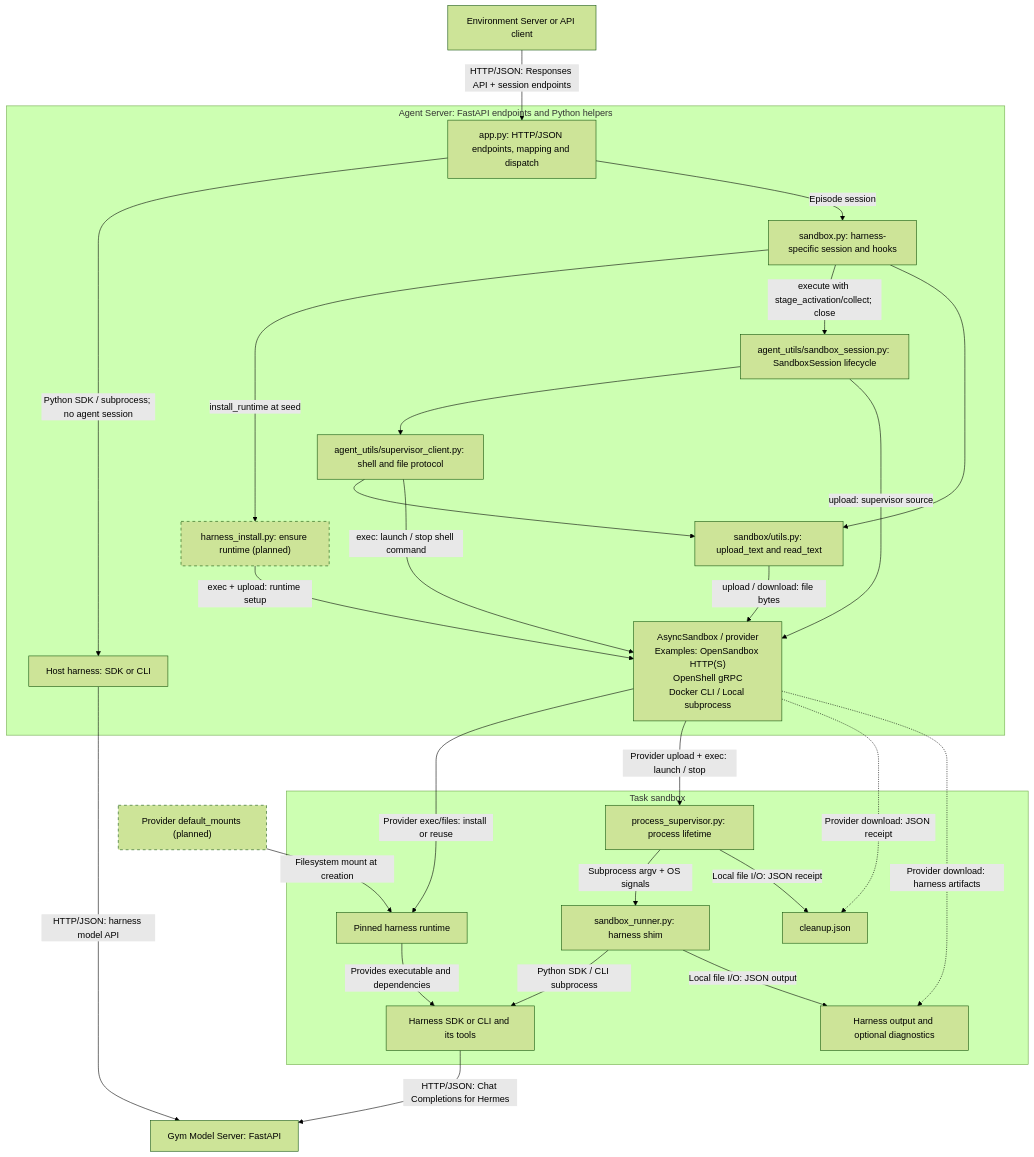
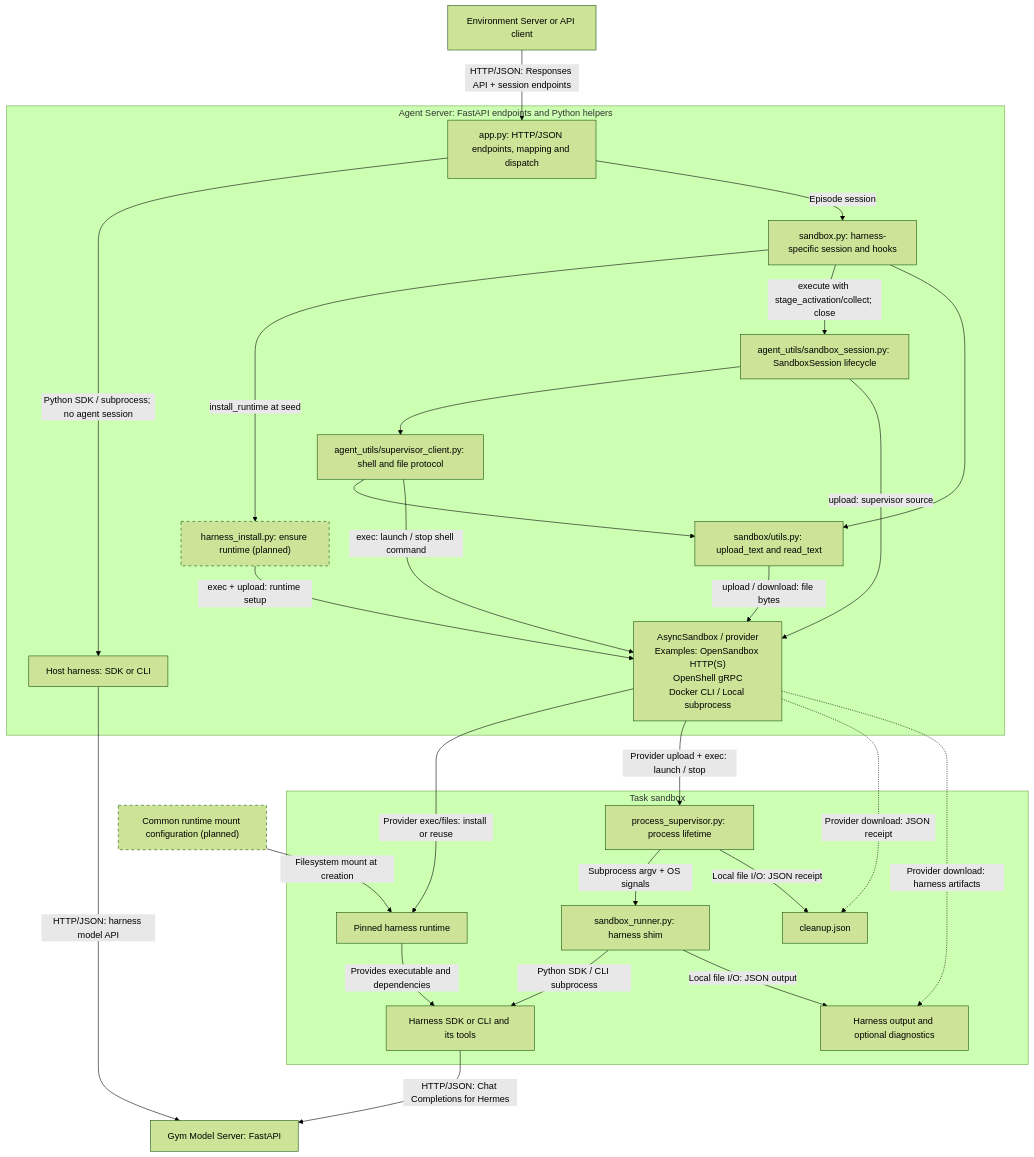
Before and after one commit to NVIDIA-NeMo/Gym: the second of 2 diagrams in fern/versions/latest/pages/agent-server/add-or-update-a-harness.mdx, drawn with Mermaid (forest theme). The commit also changed other lines of this file, not shown here.

Commit message:
docs: clarify harness sandbox ownership and runtime mounts

````diff
--- a/fern/versions/latest/pages/agent-server/add-or-update-a-harness.mdx
+++ b/fern/versions/latest/pages/agent-server/add-or-update-a-harness.mdx
@@ -89,54 +89,54 @@
 ```mermaid
 flowchart TB
     ENTRY["Environment Server or API client"]
 
     subgraph AS["Agent Server: FastAPI endpoints and Python helpers"]
         APP["app.py: HTTP/JSON endpoints, mapping and dispatch"]
         LOCAL["Host harness: SDK or CLI"]
         ADAPTER["sandbox.py: harness-specific session and hooks"]
         SESSION["agent_utils/sandbox_session.py: SandboxSession lifecycle"]
         INSTALL["harness_install.py: ensure runtime (planned)"]
         CLIENT["agent_utils/supervisor_client.py: shell and file protocol"]
         FILES["sandbox/utils.py: upload_text and read_text"]
         PROVIDER["AsyncSandbox / provider<br/>Examples: OpenSandbox HTTP(S)<br/>OpenShell gRPC<br/>Docker CLI / Local subprocess"]
         APP -->|"Python SDK / subprocess; no agent session"| LOCAL
         APP -->|"Episode session"| ADAPTER
         ADAPTER -->|"install_runtime at seed"| INSTALL
         ADAPTER -->|"execute with stage_activation/collect; close"| SESSION
         SESSION --> CLIENT
         ADAPTER --> FILES
         CLIENT --> FILES
         INSTALL -->|"exec + upload: runtime setup"| PROVIDER
         SESSION -->|"upload: supervisor source"| PROVIDER
         CLIENT -->|"exec: launch / stop shell command"| PROVIDER
         FILES -->|"upload / download: file bytes"| PROVIDER
     end
 
     ENTRY -->|"HTTP/JSON: Responses API + session endpoints"| APP
-    MOUNTS["Provider default_mounts (planned)"]
+    MOUNTS["Common runtime mount configuration (planned)"]
 
     subgraph SB["Task sandbox"]
         RUNTIME["Pinned harness runtime"]
         SUPERVISOR["process_supervisor.py: process lifetime"]
         SHIM["sandbox_runner.py: harness shim"]
         HARNESS["Harness SDK or CLI and its tools"]
         CLEANUP["cleanup.json"]
         OUTPUT["Harness output and optional diagnostics"]
         SUPERVISOR -->|"Subprocess argv + OS signals"| SHIM
         SHIM -->|"Python SDK / CLI subprocess"| HARNESS
         RUNTIME -->|"Provides executable and dependencies"| HARNESS
         SUPERVISOR -->|"Local file I/O: JSON receipt"| CLEANUP
         SHIM -->|"Local file I/O: JSON output"| OUTPUT
     end
 
     PROVIDER -->|"Provider exec/files: install or reuse"| RUNTIME
     MOUNTS -->|"Filesystem mount at creation"| RUNTIME
     PROVIDER -->|"Provider upload + exec: launch / stop"| SUPERVISOR
     PROVIDER -.->|"Provider download: JSON receipt"| CLEANUP
     PROVIDER -.->|"Provider download: harness artifacts"| OUTPUT
     HARNESS -->|"HTTP/JSON: Chat Completions for Hermes"| MODEL["Gym Model Server: FastAPI"]
     LOCAL -->|"HTTP/JSON: harness model API"| MODEL
 
     classDef planned stroke-dasharray: 5 5;
     class INSTALL,MOUNTS planned;
 ```
````
